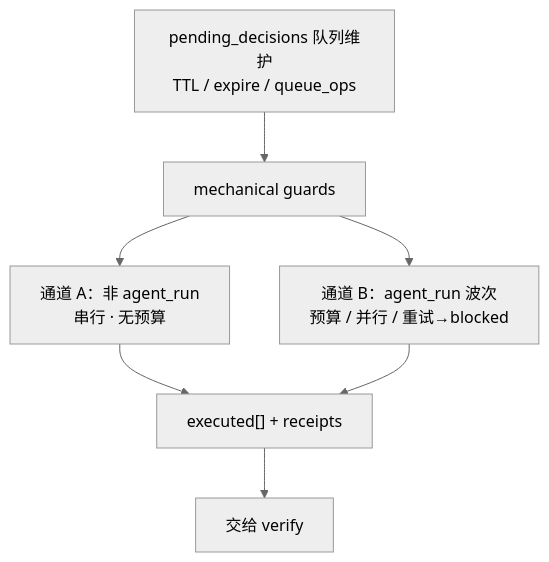
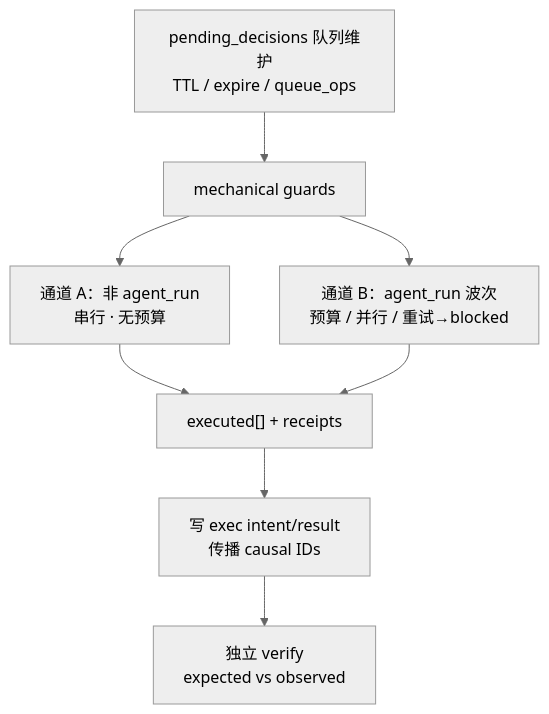
The fifth of 9 diagrams in docs/mechanism-diagram.md (imjszhang/js-evolution-agent), drawn with Mermaid (neutral theme) before and after one commit. The commit also changed other lines of this file and 237 other files, not shown here.

````diff
--- a/docs/mechanism-diagram.md
+++ b/docs/mechanism-diagram.md
@@ -137,9 +135,10 @@
 ```mermaid
 flowchart TB
   Q["pending_decisions 队列维护<br/>TTL / expire / queue_ops"] --> G["mechanical guards"]
   G --> A["通道 A：非 agent_run<br/>串行 · 无预算"]
   G --> B["通道 B：agent_run 波次<br/>预算 / 并行 / 重试→blocked"]
   A --> R["executed[] + receipts"]
   B --> R
-  R --> V["交给 verify"]
+  R --> I["写 exec intent/result<br/>传播 causal IDs"]
+  I --> V["独立 verify<br/>expected vs observed"]
 ```
````
